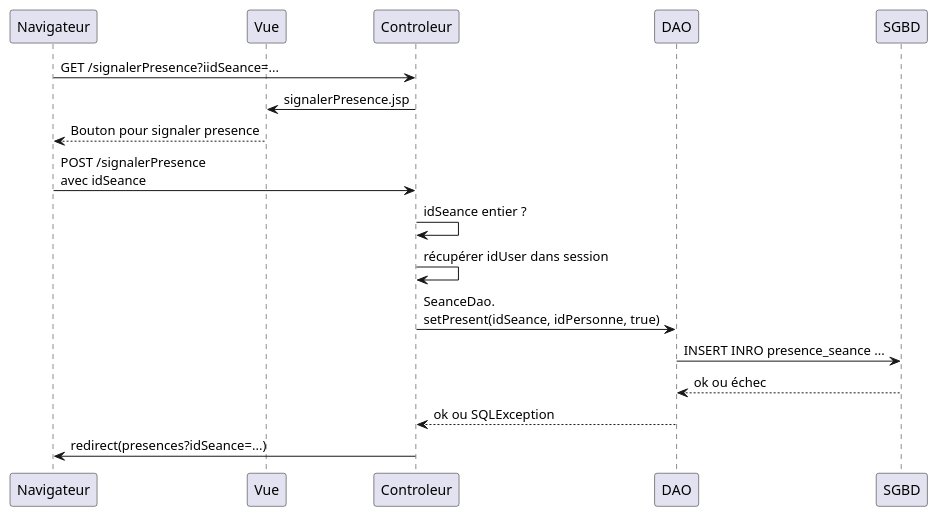
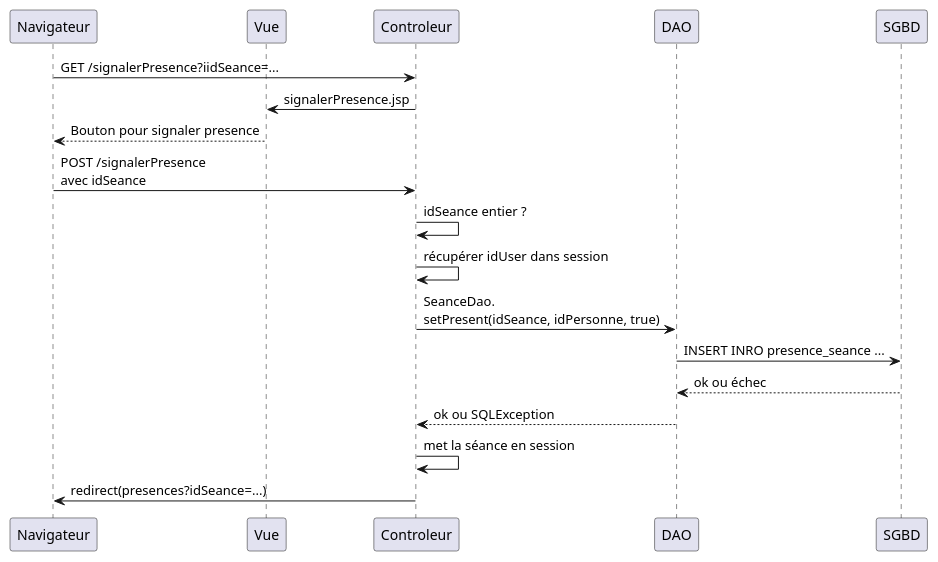
Before and after one commit to michel-plasse/SIOMassy2022: the diagram in src/main/uml/signalerPresence.puml, drawn with PlantUML. The commit also changed 4 other files, not shown here.

```diff
--- a/src/main/uml/signalerPresence.puml
+++ b/src/main/uml/signalerPresence.puml
@@ -1,17 +1,18 @@
 @startuml
 participant Navigateur
 participant Vue
 
 Navigateur -> Controleur: GET /signalerPresence?iidSeance=...
 Controleur -> Vue : signalerPresence.jsp
 Vue --> Navigateur : Bouton pour signaler presence
 Navigateur -> Controleur: POST /signalerPresence\navec idSeance
 Controleur -> Controleur: idSeance entier ?
 Controleur -> Controleur: récupérer idUser dans session
 Controleur -> DAO: SeanceDao.\nsetPresent(idSeance, idPersonne, true)
 
 DAO -> SGBD: INSERT INRO presence_seance ...
 SGBD --> DAO: ok ou échec
 DAO --> Controleur:  ok ou SQLException
+Controleur -> Controleur : met la séance en session
 Controleur -> Navigateur: redirect(presences?idSeance=...)
 @enduml
```
